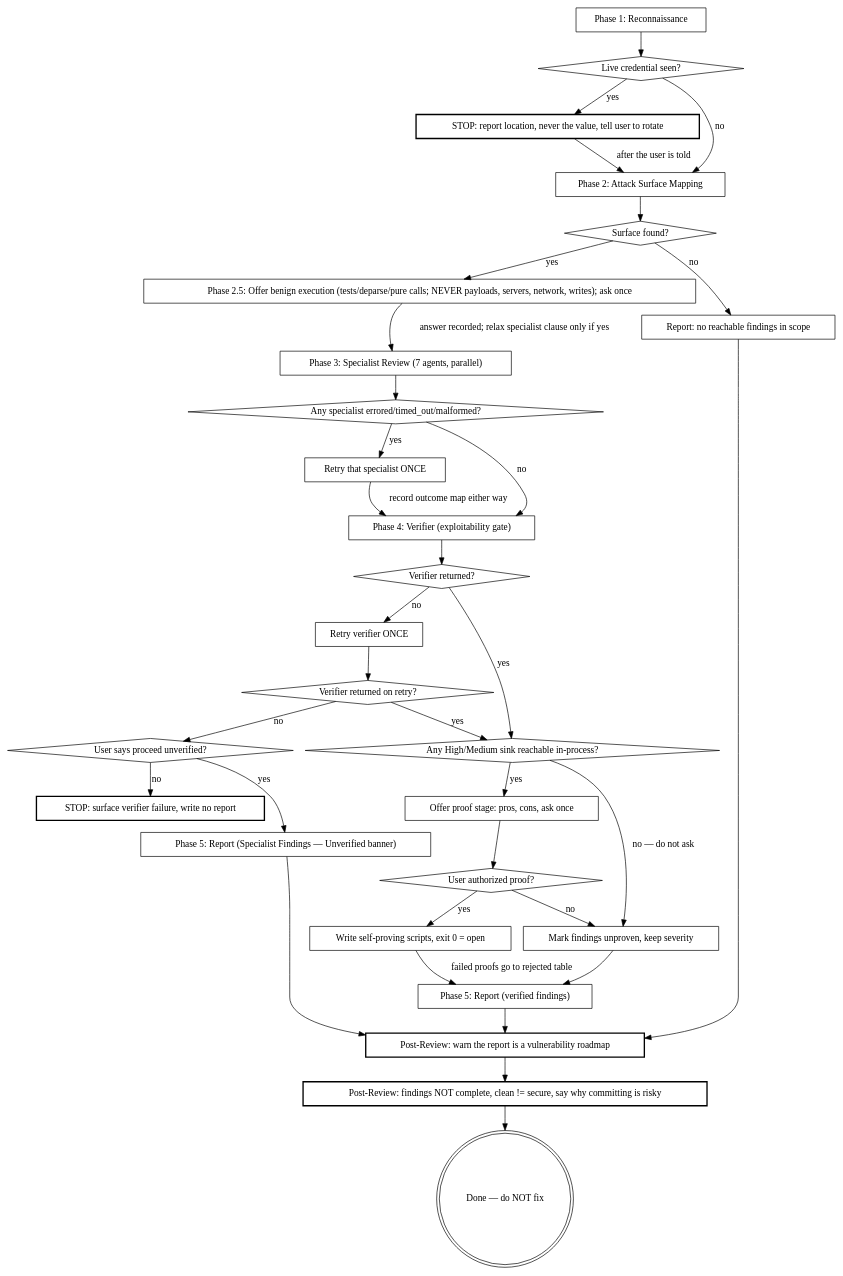
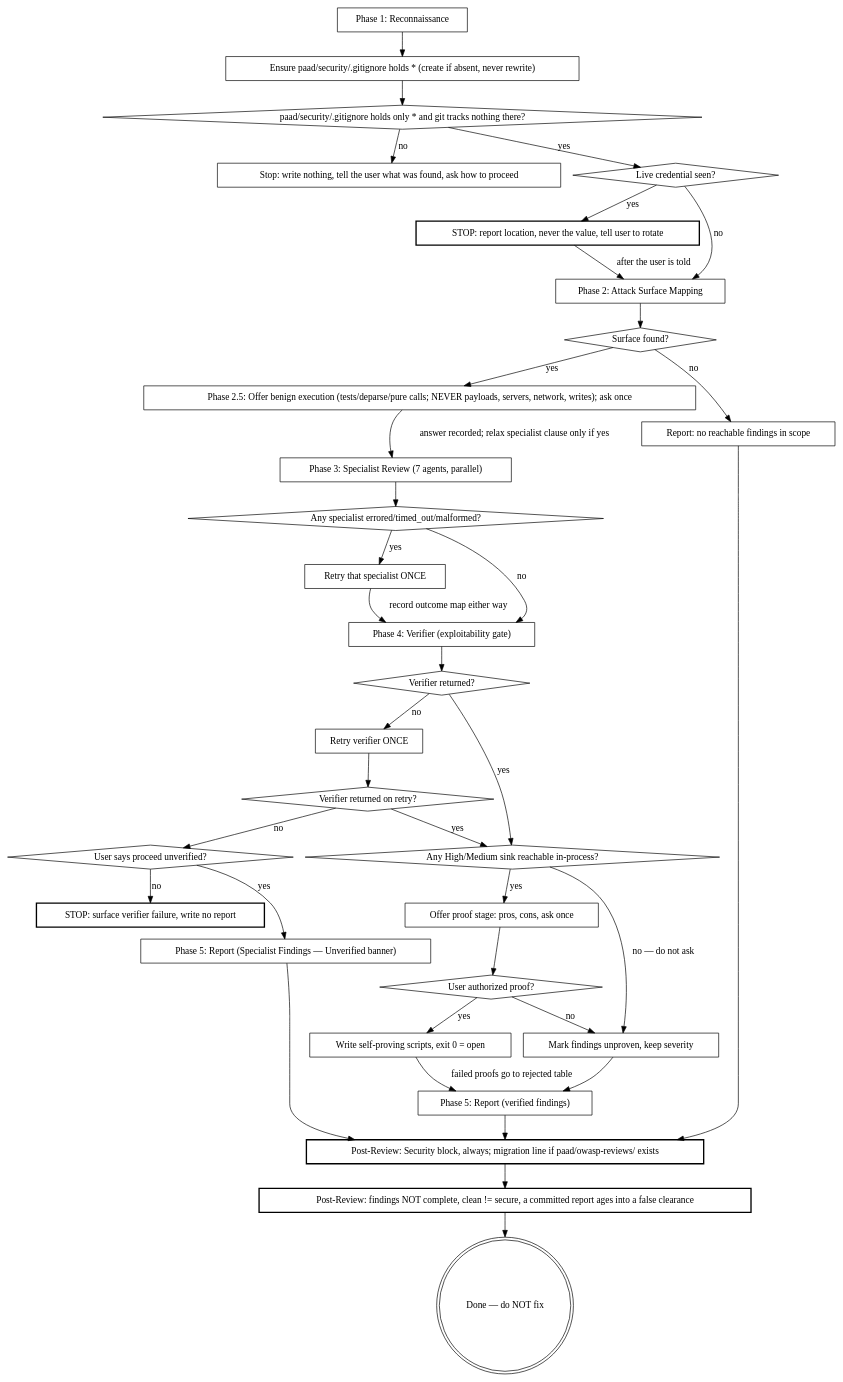
The second of 3 diagrams in plugins/paad/skills/agentic-owasp/SKILL.md (Ovid/paad), drawn with Graphviz before and after one commit. The commit also changed other lines of this file and 71 other files, not shown here.

````diff
--- a/plugins/paad/skills/agentic-owasp/SKILL.md
+++ b/plugins/paad/skills/agentic-owasp/SKILL.md
@@ -93,63 +97,69 @@
 ```dot
 digraph session {
   "Phase 1: Reconnaissance" [shape=box];
+  "Ensure paad/security/.gitignore holds * (create if absent, never rewrite)" [shape=box];
+  "paad/security/.gitignore holds only * and git tracks nothing there?" [shape=diamond];
+  "Stop: write nothing, tell the user what was found, ask how to proceed" [shape=box];
   "Live credential seen?" [shape=diamond];
   "STOP: report location, never the value, tell user to rotate" [shape=box, style=bold];
   "Phase 2: Attack Surface Mapping" [shape=box];
   "Surface found?" [shape=diamond];
   "Phase 3: Specialist Review (7 agents, parallel)" [shape=box];
   "Any specialist errored/timed_out/malformed?" [shape=diamond];
   "Retry that specialist ONCE" [shape=box];
   "Phase 4: Verifier (exploitability gate)" [shape=box];
   "Verifier returned?" [shape=diamond];
   "Retry verifier ONCE" [shape=box];
   "Verifier returned on retry?" [shape=diamond];
   "User says proceed unverified?" [shape=diamond];
   "STOP: surface verifier failure, write no report" [shape=box, style=bold];
   "Phase 2.5: Offer benign execution (tests/deparse/pure calls; NEVER payloads, servers, network, writes); ask once" [shape=box];
   "Any High/Medium sink reachable in-process?" [shape=diamond];
   "Offer proof stage: pros, cons, ask once" [shape=box];
   "User authorized proof?" [shape=diamond];
   "Write self-proving scripts, exit 0 = open" [shape=box];
   "Mark findings unproven, keep severity" [shape=box];
   "Phase 5: Report (verified findings)" [shape=box];
   "Phase 5: Report (Specialist Findings — Unverified banner)" [shape=box];
   "Report: no reachable findings in scope" [shape=box];
-  "Post-Review: warn the report is a vulnerability roadmap" [shape=box, style=bold];
-  "Post-Review: findings NOT complete, clean != secure, say why committing is risky" [shape=box, style=bold];
+  "Post-Review: Security block, always; migration line if paad/owasp-reviews/ exists" [shape=box, style=bold];
+  "Post-Review: findings NOT complete, clean != secure, a committed report ages into a false clearance" [shape=box, style=bold];
   "Done — do NOT fix" [shape=doublecircle];
 
-  "Phase 1: Reconnaissance" -> "Live credential seen?";
+  "Phase 1: Reconnaissance" -> "Ensure paad/security/.gitignore holds * (create if absent, never rewrite)";
+  "Ensure paad/security/.gitignore holds * (create if absent, never rewrite)" -> "paad/security/.gitignore holds only * and git tracks nothing there?";
+  "paad/security/.gitignore holds only * and git tracks nothing there?" -> "Live credential seen?" [label="yes"];
+  "paad/security/.gitignore holds only * and git tracks nothing there?" -> "Stop: write nothing, tell the user what was found, ask how to proceed" [label="no"];
   "Live credential seen?" -> "STOP: report location, never the value, tell user to rotate" [label="yes"];
   "STOP: report location, never the value, tell user to rotate" -> "Phase 2: Attack Surface Mapping" [label="after the user is told"];
   "Live credential seen?" -> "Phase 2: Attack Surface Mapping" [label="no"];
   "Phase 2: Attack Surface Mapping" -> "Surface found?";
   "Surface found?" -> "Report: no reachable findings in scope" [label="no"];
   "Surface found?" -> "Phase 2.5: Offer benign execution (tests/deparse/pure calls; NEVER payloads, servers, network, writes); ask once" [label="yes"];
   "Phase 2.5: Offer benign execution (tests/deparse/pure calls; NEVER payloads, servers, network, writes); ask once" -> "Phase 3: Specialist Review (7 agents, parallel)" [label="answer recorded; relax specialist clause only if yes"];
   "Phase 3: Specialist Review (7 agents, parallel)" -> "Any specialist errored/timed_out/malformed?";
   "Any specialist errored/timed_out/malformed?" -> "Retry that specialist ONCE" [label="yes"];
   "Retry that specialist ONCE" -> "Phase 4: Verifier (exploitability gate)" [label="record outcome map either way"];
   "Any specialist errored/timed_out/malformed?" -> "Phase 4: Verifier (exploitability gate)" [label="no"];
   "Phase 4: Verifier (exploitability gate)" -> "Verifier returned?";
   "Verifier returned?" -> "Any High/Medium sink reachable in-process?" [label="yes"];
   "Verifier returned?" -> "Retry verifier ONCE" [label="no"];
   "Retry verifier ONCE" -> "Verifier returned on retry?";
   "Verifier returned on retry?" -> "Any High/Medium sink reachable in-process?" [label="yes"];
   "Verifier returned on retry?" -> "User says proceed unverified?" [label="no"];
   "User says proceed unverified?" -> "Phase 5: Report (Specialist Findings — Unverified banner)" [label="yes"];
   "User says proceed unverified?" -> "STOP: surface verifier failure, write no report" [label="no"];
   "Any High/Medium sink reachable in-process?" -> "Offer proof stage: pros, cons, ask once" [label="yes"];
   "Any High/Medium sink reachable in-process?" -> "Mark findings unproven, keep severity" [label="no — do not ask"];
   "Offer proof stage: pros, cons, ask once" -> "User authorized proof?";
   "User authorized proof?" -> "Write self-proving scripts, exit 0 = open" [label="yes"];
   "User authorized proof?" -> "Mark findings unproven, keep severity" [label="no"];
   "Write self-proving scripts, exit 0 = open" -> "Phase 5: Report (verified findings)" [label="failed proofs go to rejected table"];
   "Mark findings unproven, keep severity" -> "Phase 5: Report (verified findings)";
-  "Report: no reachable findings in scope" -> "Post-Review: warn the report is a vulnerability roadmap";
-  "Phase 5: Report (verified findings)" -> "Post-Review: warn the report is a vulnerability roadmap";
-  "Phase 5: Report (Specialist Findings — Unverified banner)" -> "Post-Review: warn the report is a vulnerability roadmap";
-  "Post-Review: warn the report is a vulnerability roadmap" -> "Post-Review: findings NOT complete, clean != secure, say why committing is risky";
-  "Post-Review: findings NOT complete, clean != secure, say why committing is risky" -> "Done — do NOT fix";
+  "Report: no reachable findings in scope" -> "Post-Review: Security block, always; migration line if paad/owasp-reviews/ exists";
+  "Phase 5: Report (verified findings)" -> "Post-Review: Security block, always; migration line if paad/owasp-reviews/ exists";
+  "Phase 5: Report (Specialist Findings — Unverified banner)" -> "Post-Review: Security block, always; migration line if paad/owasp-reviews/ exists";
+  "Post-Review: Security block, always; migration line if paad/owasp-reviews/ exists" -> "Post-Review: findings NOT complete, clean != secure, a committed report ages into a false clearance";
+  "Post-Review: findings NOT complete, clean != secure, a committed report ages into a false clearance" -> "Done — do NOT fix";
 }
 ```
````
